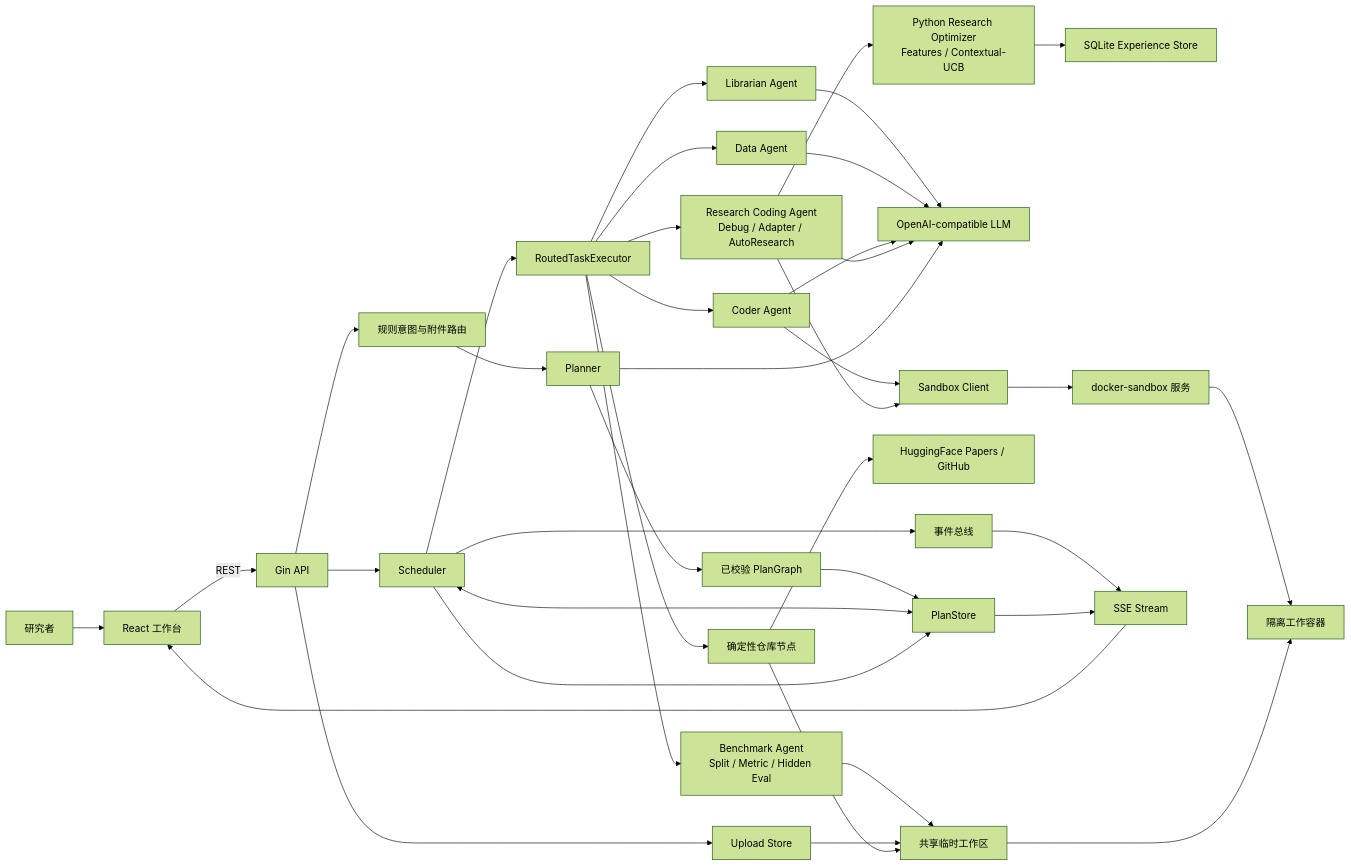
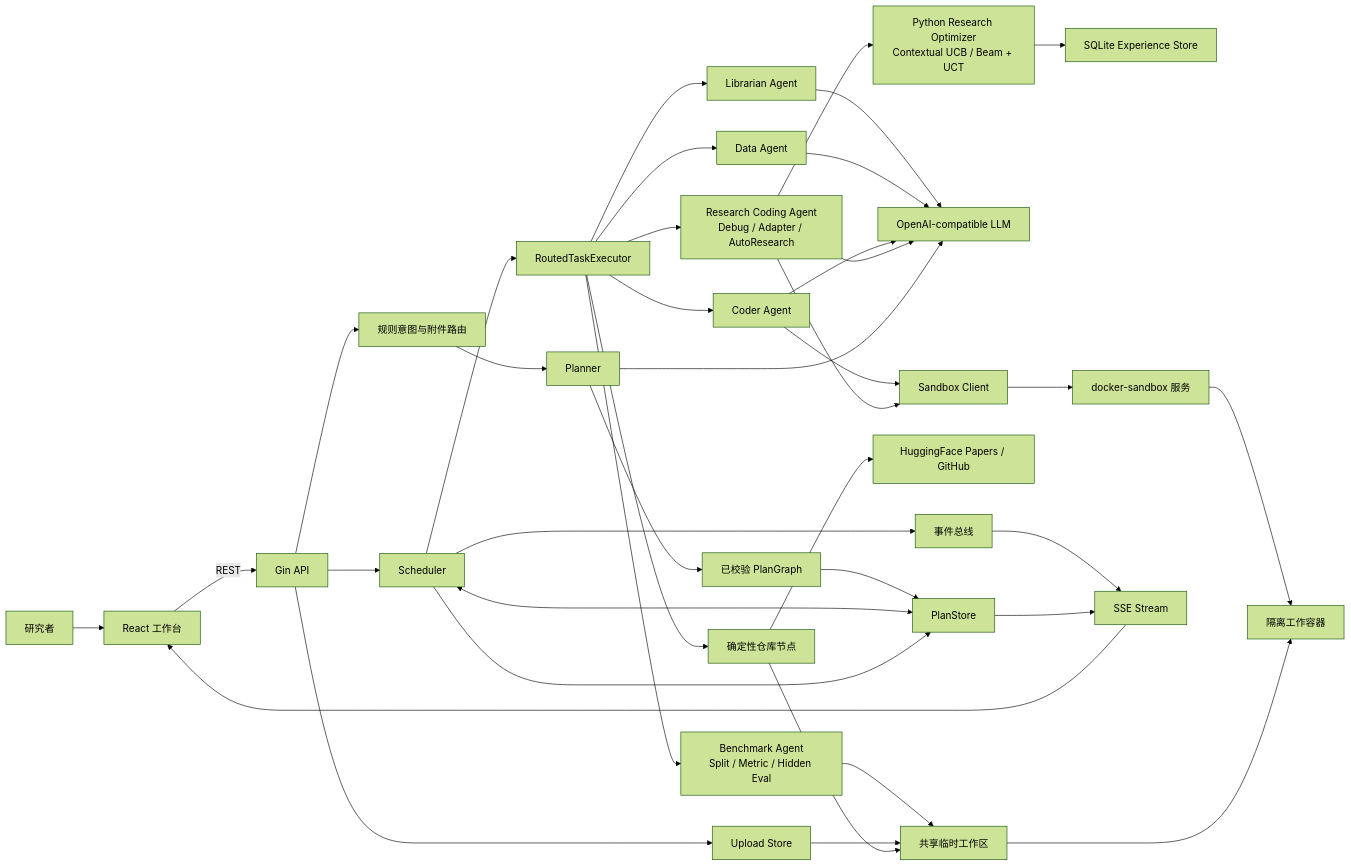
One commit to yu-xin-c/Sea-mult-agent changed the first of 3 diagrams in scholar-agent/docs/project_architecture.md. Above: the diagram before and after it, drawn with Mermaid (forest theme). The commit also changed other lines of this file and 30 other files, not shown here.

````diff
--- a/scholar-agent/docs/project_architecture.md
+++ b/scholar-agent/docs/project_architecture.md
@@ -24,46 +24,46 @@
 ```mermaid
 flowchart LR
     U["研究者"] --> FE["React 工作台"]
     FE -->|"REST"| API["Gin API"]
     API --> IR["规则意图与附件路由"]
     IR --> PL["Planner"]
     PL --> PG["已校验 PlanGraph"]
     PG --> PS["PlanStore"]
 
     API --> SCH["Scheduler"]
     SCH <--> PS
     SCH --> RX["RoutedTaskExecutor"]
     RX --> LIB["Librarian Agent"]
     RX --> DATA["Data Agent"]
     RX --> CODER["Coder Agent"]
     RX --> BA["Benchmark Agent<br/>Split / Metric / Hidden Eval"]
     RX --> BENCH["Research Coding Agent<br/>Debug / Adapter / AutoResearch"]
 
     LIB --> LLM["OpenAI-compatible LLM"]
     DATA --> LLM
     CODER --> LLM
     BENCH --> LLM
-    BENCH --> RO["Python Research Optimizer<br/>Features / Contextual-UCB"]
+    BENCH --> RO["Python Research Optimizer<br/>Contextual UCB / Beam + UCT"]
     RO --> ES["SQLite Experience Store"]
     PL --> LLM
 
     RX --> RD["确定性仓库节点"]
     RD --> EXT["HuggingFace Papers / GitHub"]
 
     CODER --> SC["Sandbox Client"]
     BENCH --> SC
 	BA --> WS
     SC --> SS["docker-sandbox 服务"]
     SS --> WC["隔离工作容器"]
 
     SCH --> EB["事件总线"]
     SCH --> PS
     EB --> SSE["SSE Stream"]
     PS --> SSE
     SSE --> FE
 
     API --> UP["Upload Store"]
     UP --> WS["共享临时工作区"]
     RD --> WS
     WS --> WC
 ```
````
